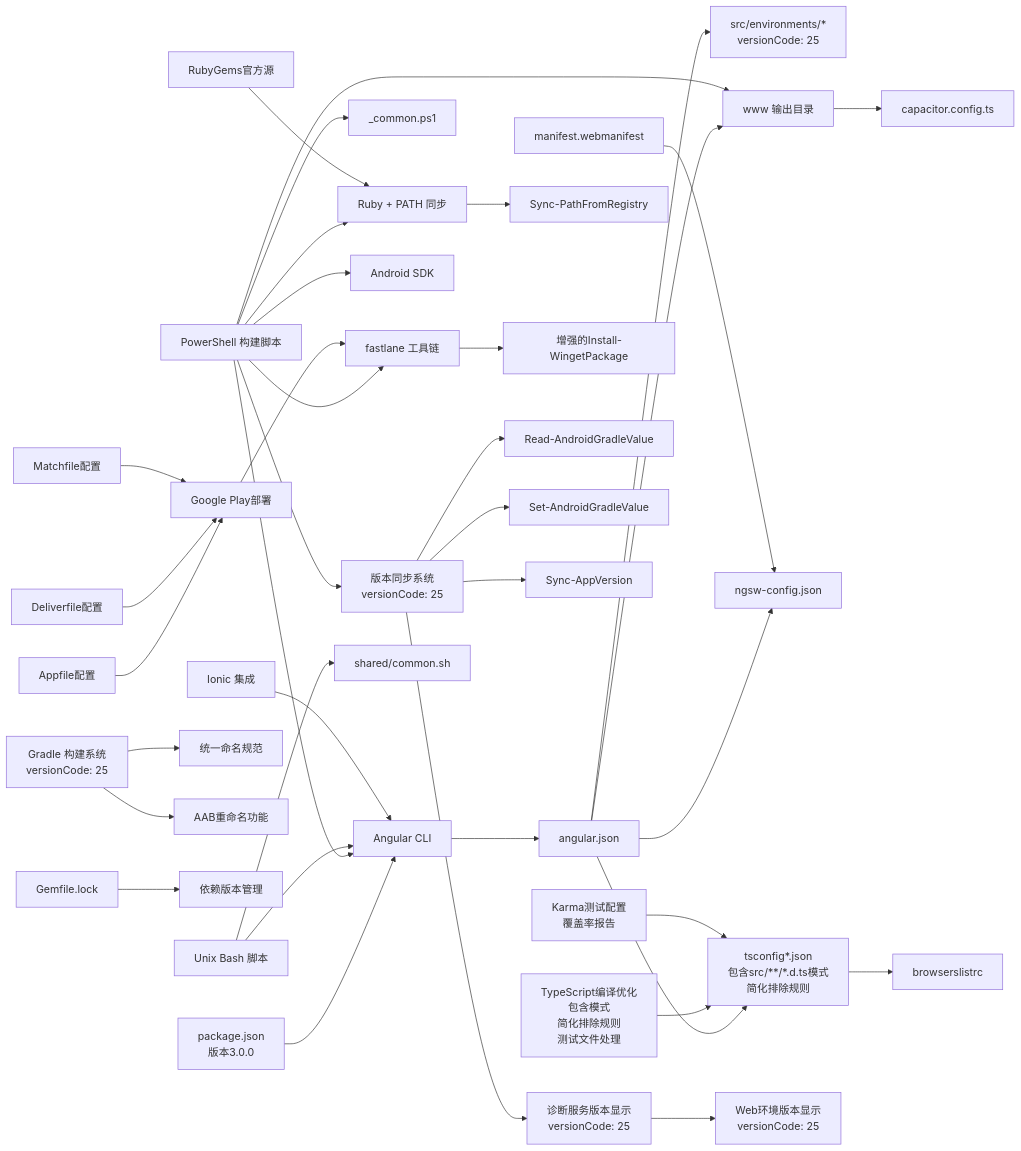
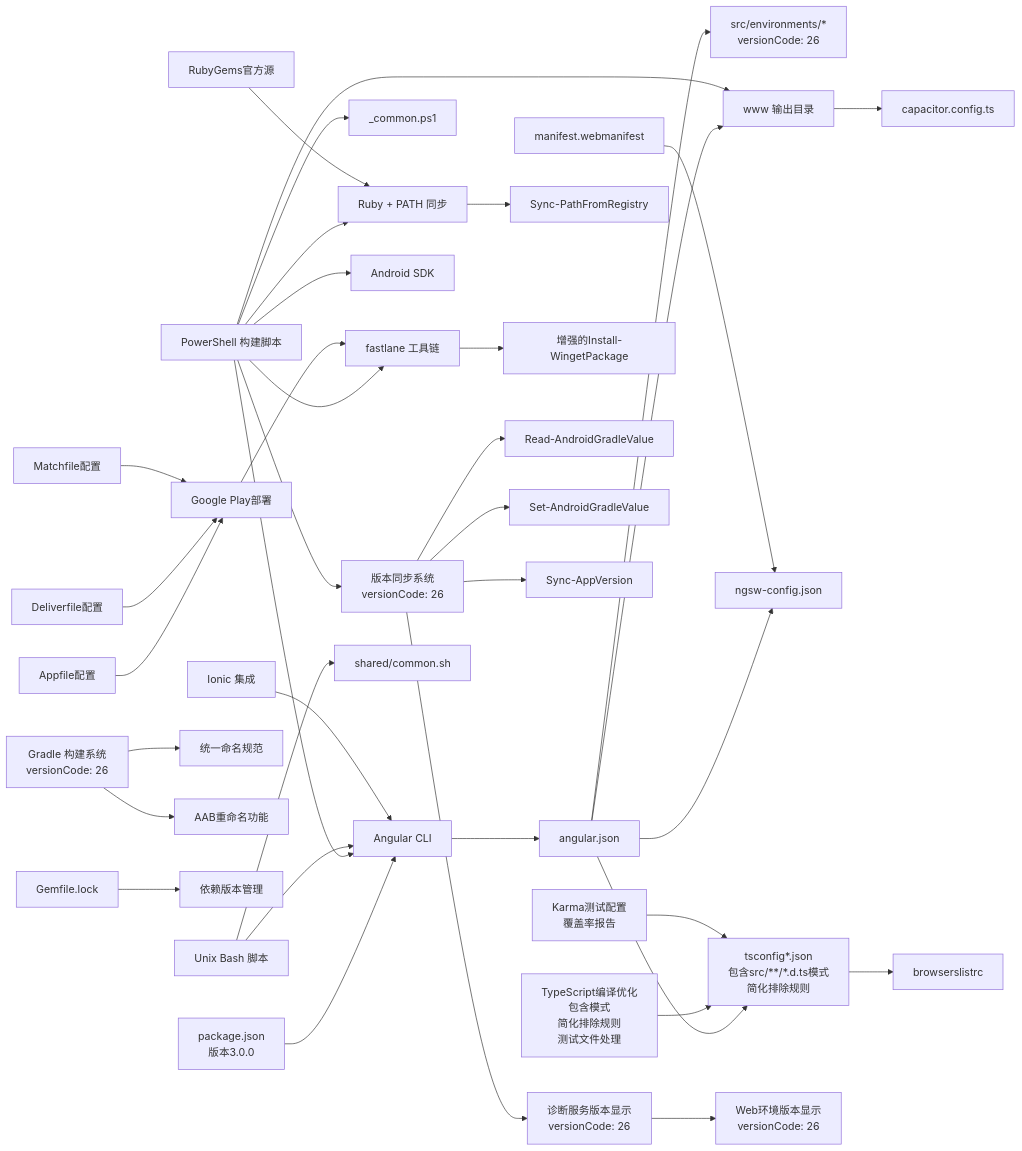
Before and after one commit to tea4go/Macro-Deck-Client-App: the sixth of 6 diagrams in .qoder/repowiki/zh/content/构建与部署/构建配置.md, drawn with Mermaid. The commit also changed other lines of this file and 50 other files, not shown here.

````diff
--- a/.qoder/repowiki/zh/content/构建与部署/构建配置.md
+++ b/.qoder/repowiki/zh/content/构建与部署/构建配置.md
@@ -1092,39 +1092,39 @@
 ```mermaid
 graph LR
 P["package.json<br/>版本3.0.0"] --> CLI["Angular CLI"]
 CLI --> CFG["angular.json"]
-CFG --> ENV["src/environments/*<br/>versionCode: 25"]
+CFG --> ENV["src/environments/*<br/>versionCode: 26"]
 CFG --> TS["tsconfig*.json<br/>包含src/**/*.d.ts模式<br/>简化排除规则"]
 TS --> BROWS["browserslistrc"]
 CFG --> SW["ngsw-config.json"]
 CFG --> WWW["www 输出目录"]
 WWW --> CAP["capacitor.config.ts"]
 PS["PowerShell 构建脚本"] --> CLI
 PS --> COMMON["_common.ps1"]
 PS --> WWW
 PS --> FASTLANE["fastlane 工具链"]
 PS --> ANDROID["Android SDK"]
 PS --> RUBY["Ruby + PATH 同步"]
-PS --> VERSIONSYNC["版本同步系统<br/>versionCode: 25"]
+PS --> VERSIONSYNC["版本同步系统<br/>versionCode: 26"]
 UNIX["Unix Bash 脚本"] --> COMMON2["shared/common.sh"]
 UNIX --> CLI
 MAN["manifest.webmanifest"] --> SW
 IONIC["Ionic 集成"] --> CLI
 RUBY --> SYNC["Sync-PathFromRegistry"]
 FASTLANE --> WINGET["增强的Install-WingetPackage"]
-GRADLE["Gradle 构建系统<br/>versionCode: 25"] --> NAMING["统一命名规范"]
+GRADLE["Gradle 构建系统<br/>versionCode: 26"] --> NAMING["统一命名规范"]
 GRADLE --> AABRENAME["AAB重命名功能"]
 GEMLOCK["Gemfile.lock"] --> DEPS["依赖版本管理"]
 PLAYSTORE["Google Play部署"] --> FASTLANE
 APPFILE["Appfile配置"] --> PLAYSTORE
 DELIVER["Deliverfile配置"] --> PLAYSTORE
 MATCH["Matchfile配置"] --> PLAYSTORE
 RUBYGEMS["RubyGems官方源"] --> RUBY
 VERSIONSYNC --> READGRADLE["Read-AndroidGradleValue"]
 VERSIONSYNC --> SETGRADLE["Set-AndroidGradleValue"]
 VERSIONSYNC --> SYNCAPP["Sync-AppVersion"]
-VERSIONSYNC --> DIAGNOSTIC["诊断服务版本显示<br/>versionCode: 25"]
-DIAGNOSTIC --> WEBENV["Web环境版本显示<br/>versionCode: 25"]
+VERSIONSYNC --> DIAGNOSTIC["诊断服务版本显示<br/>versionCode: 26"]
+DIAGNOSTIC --> WEBENV["Web环境版本显示<br/>versionCode: 26"]
 TSOPTIMIZATION["TypeScript编译优化<br/>包含模式<br/>简化排除规则<br/>测试文件处理"] --> TS
 KARMA["Karma测试配置<br/>覆盖率报告"] --> TS
 ```
````
